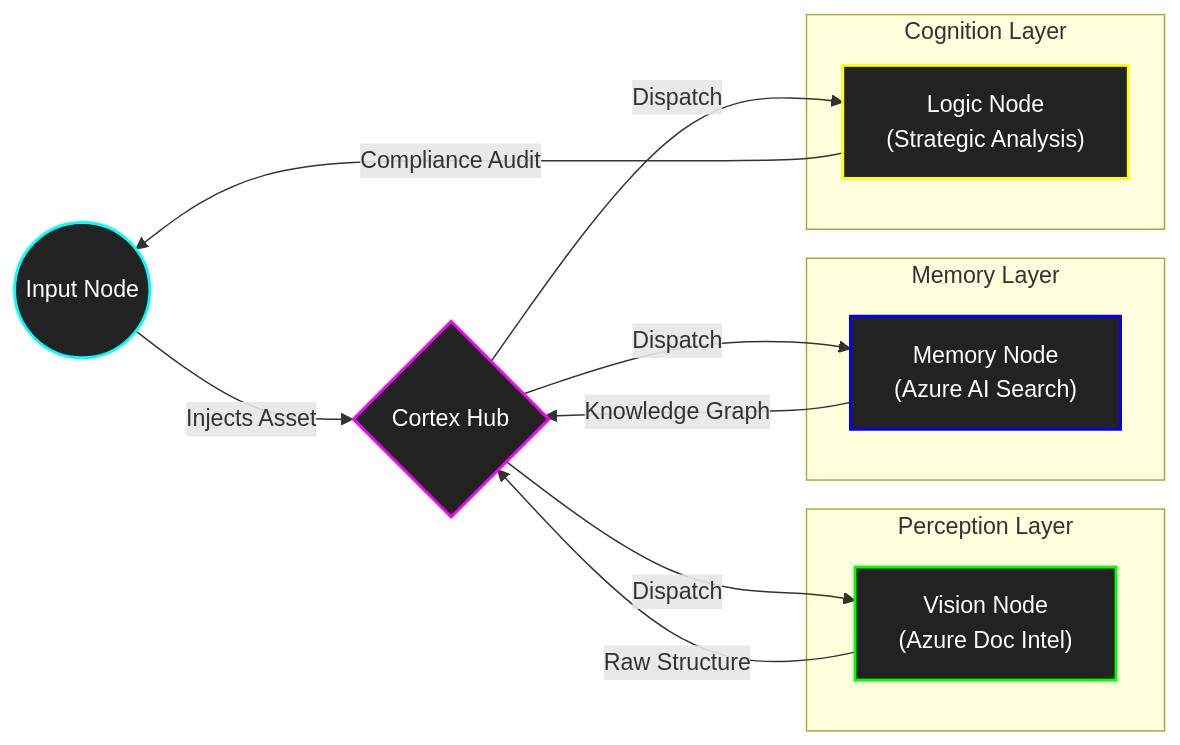
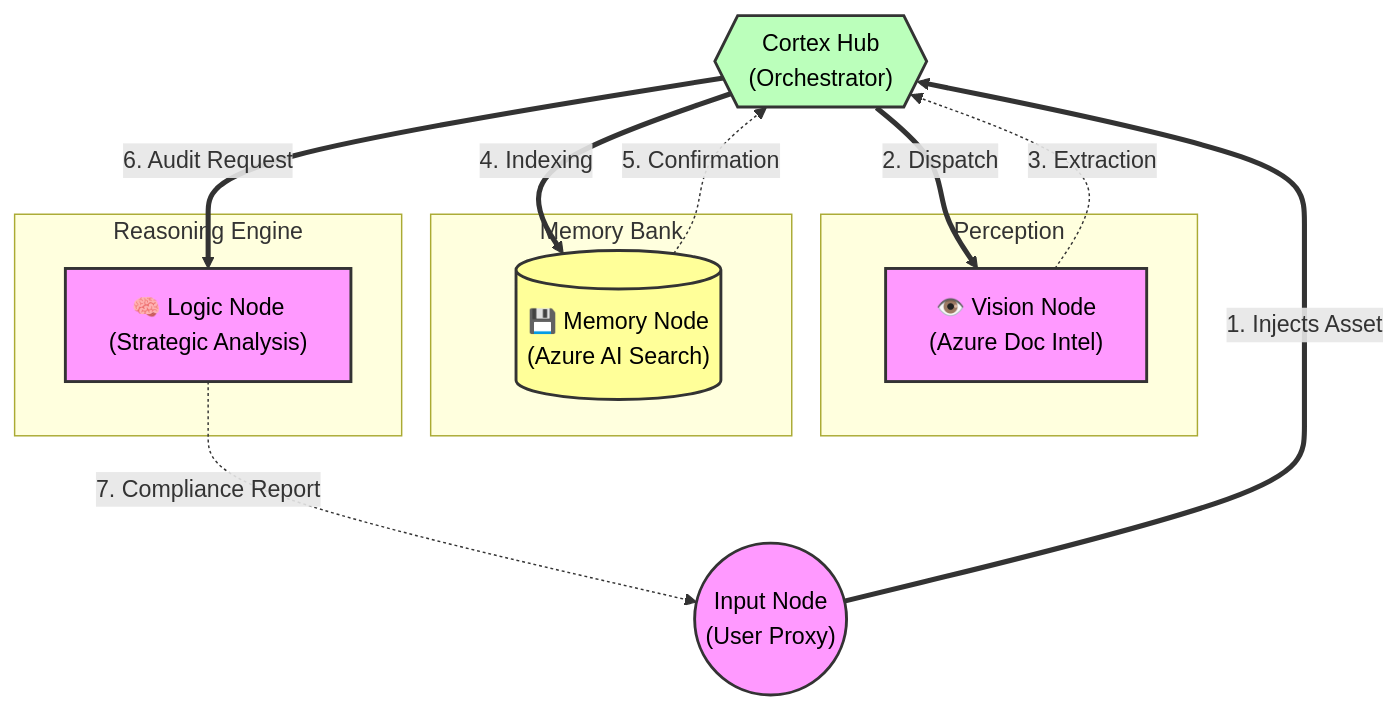
One commit to sundar-paul/documind-swarms changed the diagram in README.md. Above: the diagram before and after it, drawn with Mermaid. The commit also changed other lines of this file, not shown here.

Commit message:
Redesign architecture diagram and add Tech Stack badges

````diff
--- a/README.md
+++ b/README.md
@@ -18,29 +18,37 @@
 ```mermaid
-graph LR
-    Input((Input Node)) -->|Injects Asset| Manager{Cortex Hub}
+graph TD
+    %% Core Nodes
+    Manager{{"Cortex Hub<br/>(Orchestrator)"}}
+    Input(("Input Node<br/>(User Proxy)"))
     
-    subgraph "Perception Layer"
-    Vision["Vision Node<br/>(Azure Doc Intel)"]
+    %% Semantic Clusters
+    subgraph "Perception"
+    Vision["👁️ Vision Node<br/>(Azure Doc Intel)"]
     end
     
-    subgraph "Memory Layer"
-    Memory["Memory Node<br/>(Azure AI Search)"]
+    subgraph "Memory Bank"
+    Memory[("💾 Memory Node<br/>(Azure AI Search)")]
     end
     
-    subgraph "Cognition Layer"
-    Logic["Logic Node<br/>(Strategic Analysis)"]
+    subgraph "Reasoning Engine"
+    Logic["🧠 Logic Node<br/>(Strategic Analysis)"]
     end
     
-    Manager -->|Dispatch| Vision
-    Vision -->|Raw Structure| Manager
-    Manager -->|Dispatch| Memory
-    Memory -->|Knowledge Graph| Manager
-    Manager -->|Dispatch| Logic
-    Logic -->|Compliance Audit| Input
+    %% Data Flow
+    Input ==>|1. Injects Asset| Manager
+    Manager ==>|2. Dispatch| Vision
+    Vision -.->|3. Extraction| Manager
+    Manager ==>|4. Indexing| Memory
+    Memory -.->|5. Confirmation| Manager
+    Manager ==>|6. Audit Request| Logic
+    Logic -.->|7. Compliance Report| Input
     
-    style Input fill:#222,stroke:#0ff,stroke-width:2px,color:#fff
-    style Manager fill:#222,stroke:#f0f,stroke-width:2px,color:#fff
-    style Vision fill:#222,stroke:#0f0,stroke-width:2px,color:#fff
-    style Memory fill:#222,stroke:#00f,stroke-width:2px,color:#fff
-    style Logic fill:#222,stroke:#ff0,stroke-width:2px,color:#fff
+    %% Styling
+    classDef hub fill:#bfb,stroke:#333,stroke-width:2px,color:#000;
+    classDef nodes fill:#f9f,stroke:#333,stroke-width:2px,color:#000;
+    classDef storage fill:#ff9,stroke:#333,stroke-width:2px,color:#000;
+    
+    class Manager hub;
+    class Vision,Logic,Input nodes;
+    class Memory storage;
 ```
````
